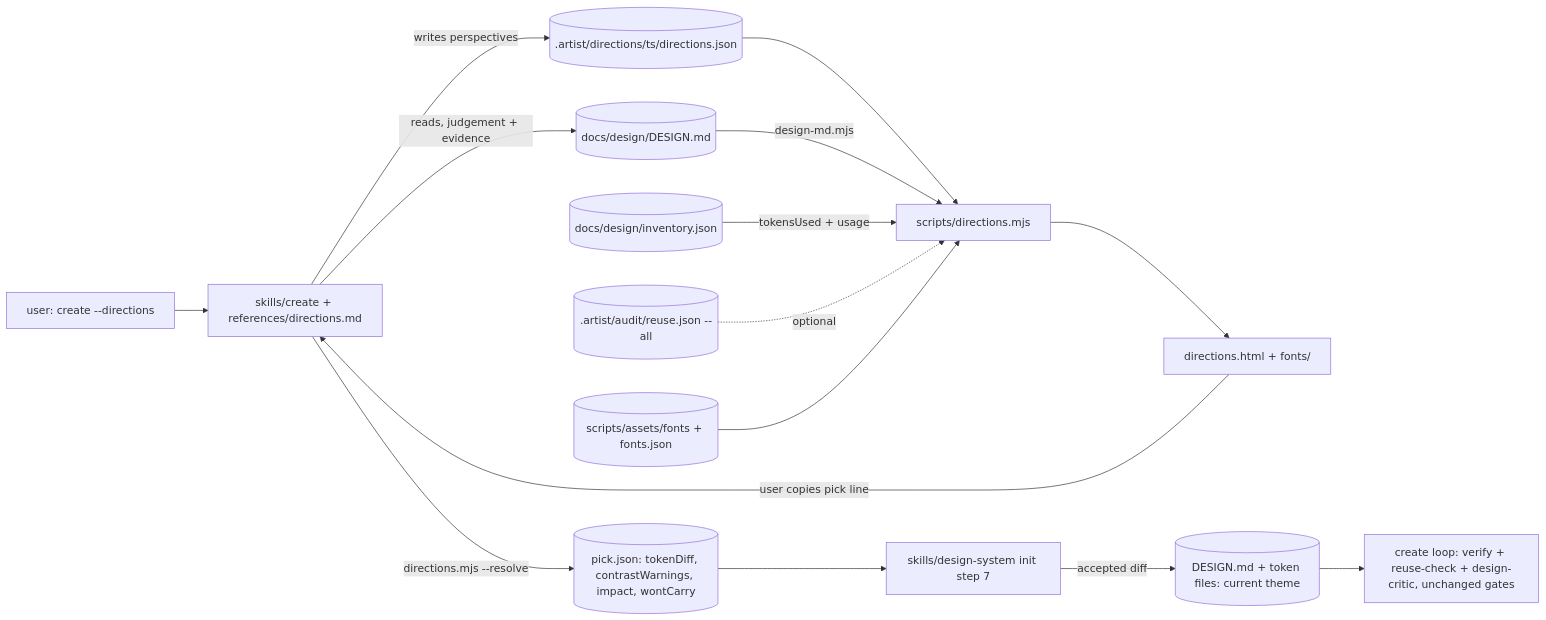
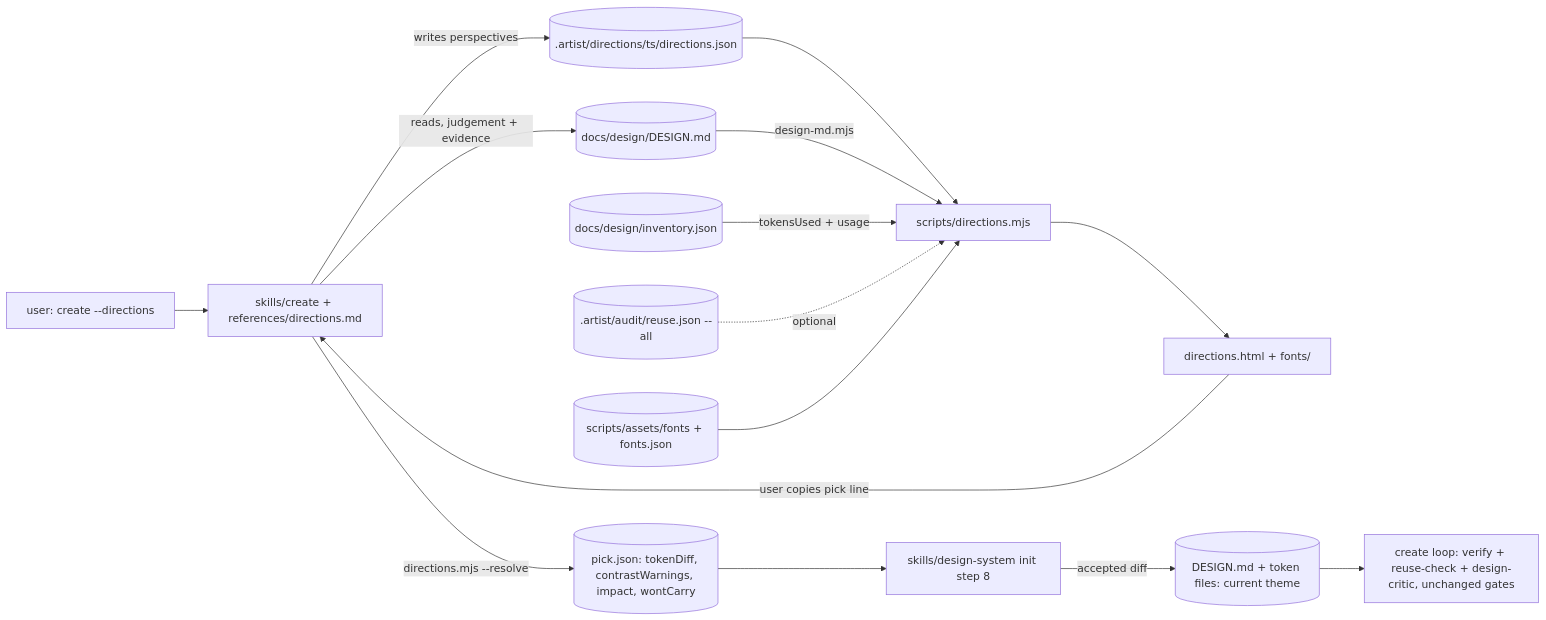
The first of 2 diagrams in docs/architecture/directions.md (plantgreytrees/Artist), drawn with Mermaid before and after one commit. The commit also changed other lines of this file and 3 other files, not shown here.

Commit message:
docs(architecture): directions rules synced to shipped code (07 superseded by 15, 09-11/14 cites, step 8); plan tasks ticked

````diff
--- a/docs/architecture/directions.md
+++ b/docs/architecture/directions.md
@@ -29,17 +29,17 @@
 ```mermaid
 flowchart LR
   U[user: create --directions] --> C[skills/create + references/directions.md]
   C -->|reads, judgement + evidence| DM[(docs/design/DESIGN.md)]
   C -->|writes perspectives| DJ[(.artist/directions/ts/directions.json)]
   DJ --> S[scripts/directions.mjs]
   DM -->|design-md.mjs| S
   INV[(docs/design/inventory.json)] -->|tokensUsed + usage| S
   RJ[(.artist/audit/reuse.json --all)] -.optional.-> S
   F[(scripts/assets/fonts + fonts.json)] --> S
   S --> H[directions.html + fonts/]
   H -->|user copies pick line| C
   C -->|directions.mjs --resolve| P[(pick.json: tokenDiff, contrastWarnings, impact, wontCarry)]
-  P --> DS[skills/design-system init step 7]
+  P --> DS[skills/design-system init step 8]
   DS -->|accepted diff| TF[(DESIGN.md + token files: current theme)]
   TF --> L[create loop: verify + reuse-check + design-critic, unchanged gates]
 ```
````
